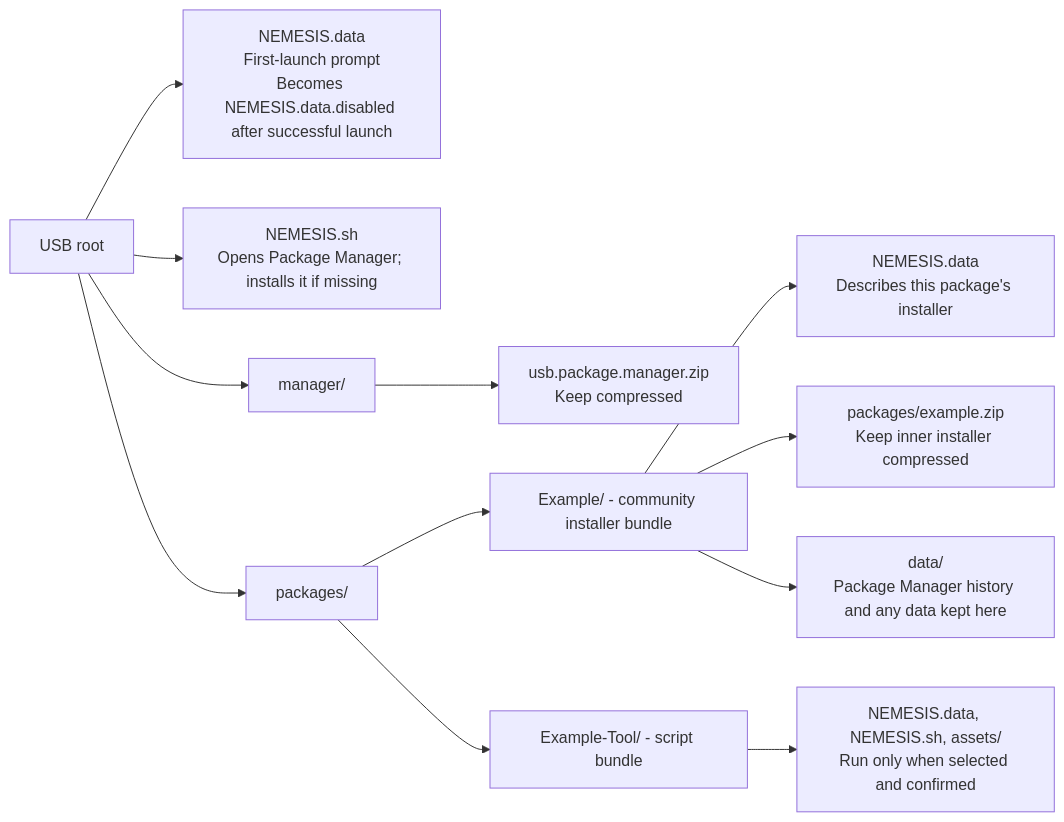
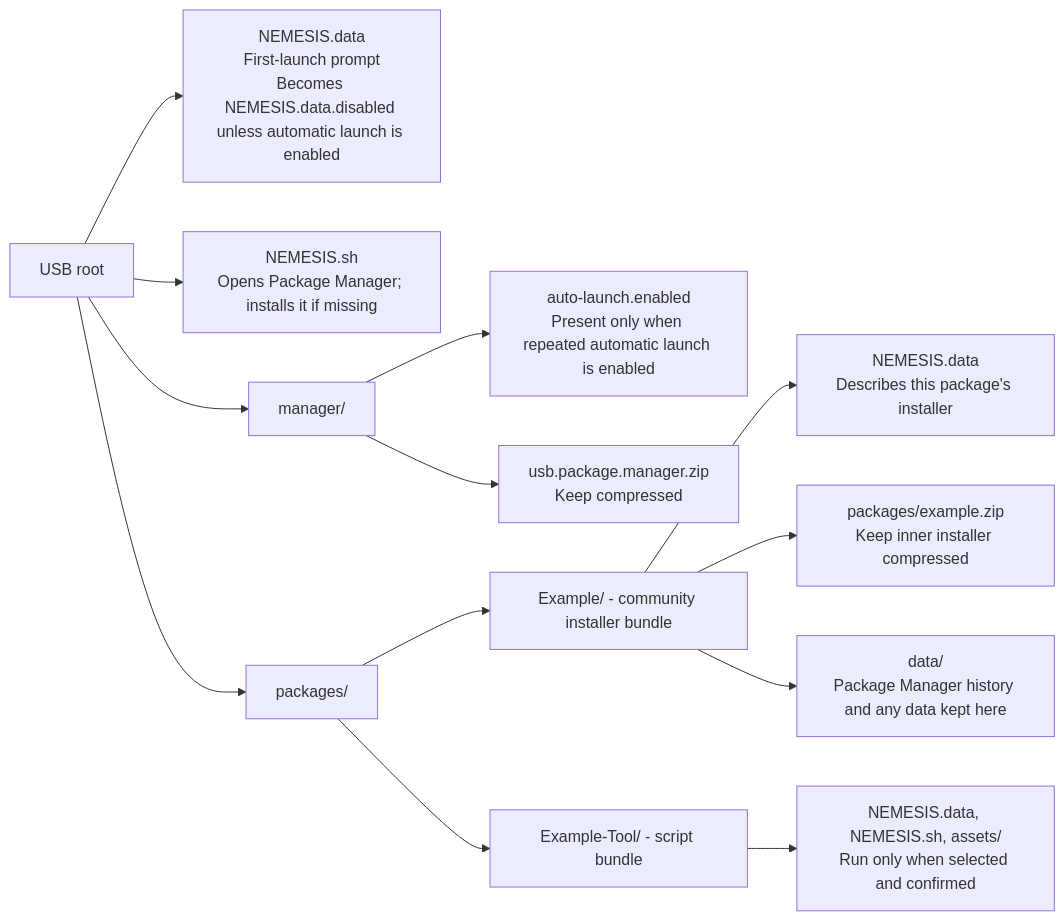
One commit to hmason55/nemesis-package-manager changed the fourth of 9 diagrams in docs/WORKFLOW-REFERENCE.md. Above: the diagram before and after it, drawn with Mermaid. The commit also changed other lines of this file and 43 other files, not shown here.

````diff
--- a/docs/WORKFLOW-REFERENCE.md
+++ b/docs/WORKFLOW-REFERENCE.md
@@ -83,15 +83,16 @@
 ```mermaid
 flowchart LR
     usb["USB root"]
-    usb --> descriptor["NEMESIS.data<br/>First-launch prompt<br/>Becomes NEMESIS.data.disabled after successful launch"]
+    usb --> descriptor["NEMESIS.data<br/>First-launch prompt<br/>Becomes NEMESIS.data.disabled unless automatic launch is enabled"]
     usb --> launcher["NEMESIS.sh<br/>Opens Package Manager; installs it if missing"]
     usb --> manager["manager/"]
+    manager --> auto["auto-launch.enabled<br/>Present only when repeated automatic launch is enabled"]
     manager --> managerzip["usb.package.manager.zip<br/>Keep compressed"]
     usb --> packages["packages/"]
     packages --> example["Example/ - community installer bundle"]
     example --> wrapper["NEMESIS.data<br/>Describes this package's installer"]
     example --> payload["packages/example.zip<br/>Keep inner installer compressed"]
     example --> data["data/<br/>Package Manager history and any data kept here"]
     packages --> script["Example-Tool/ - script bundle"]
     script --> scriptfiles["NEMESIS.data, NEMESIS.sh, assets/<br/>Run only when selected and confirmed"]
 ```
````
